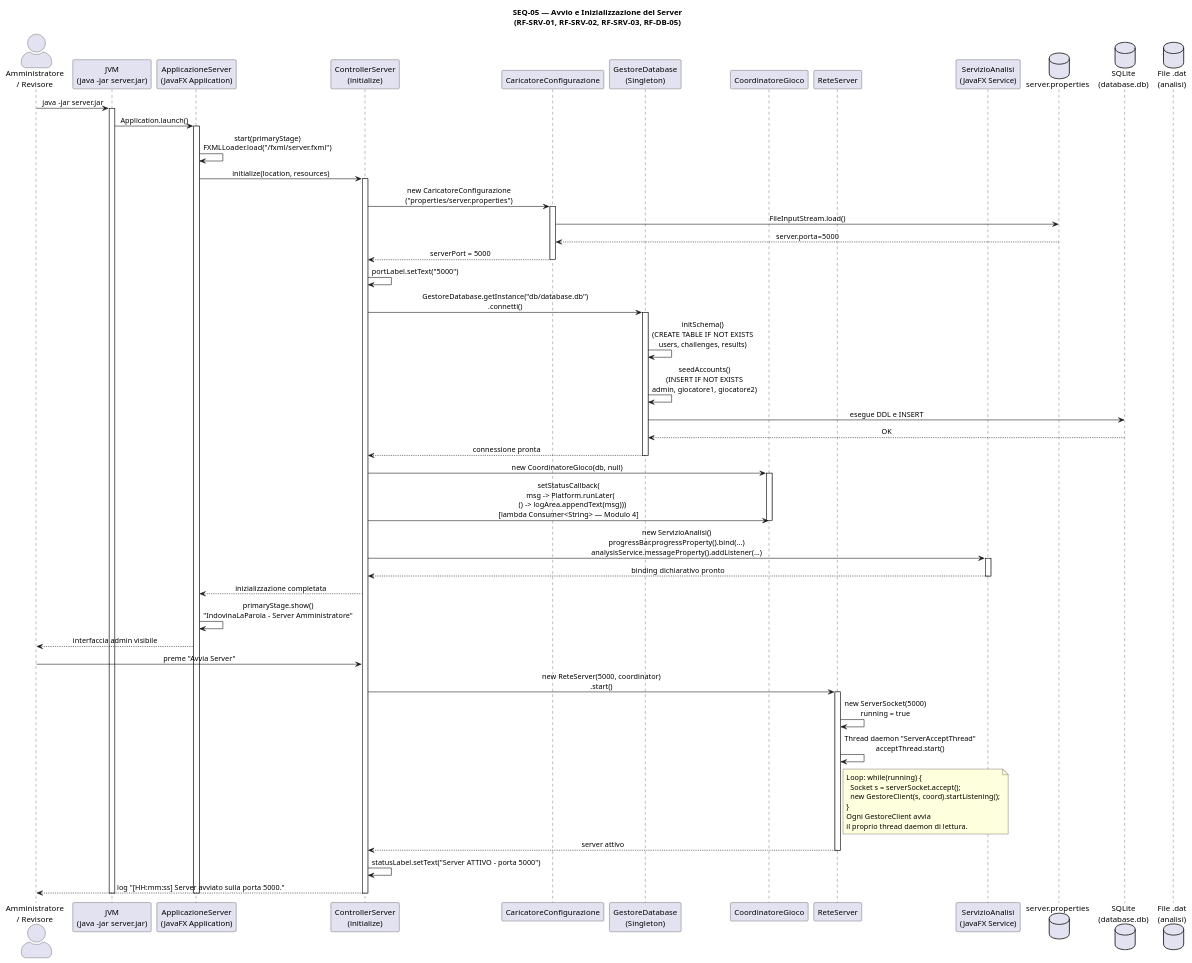
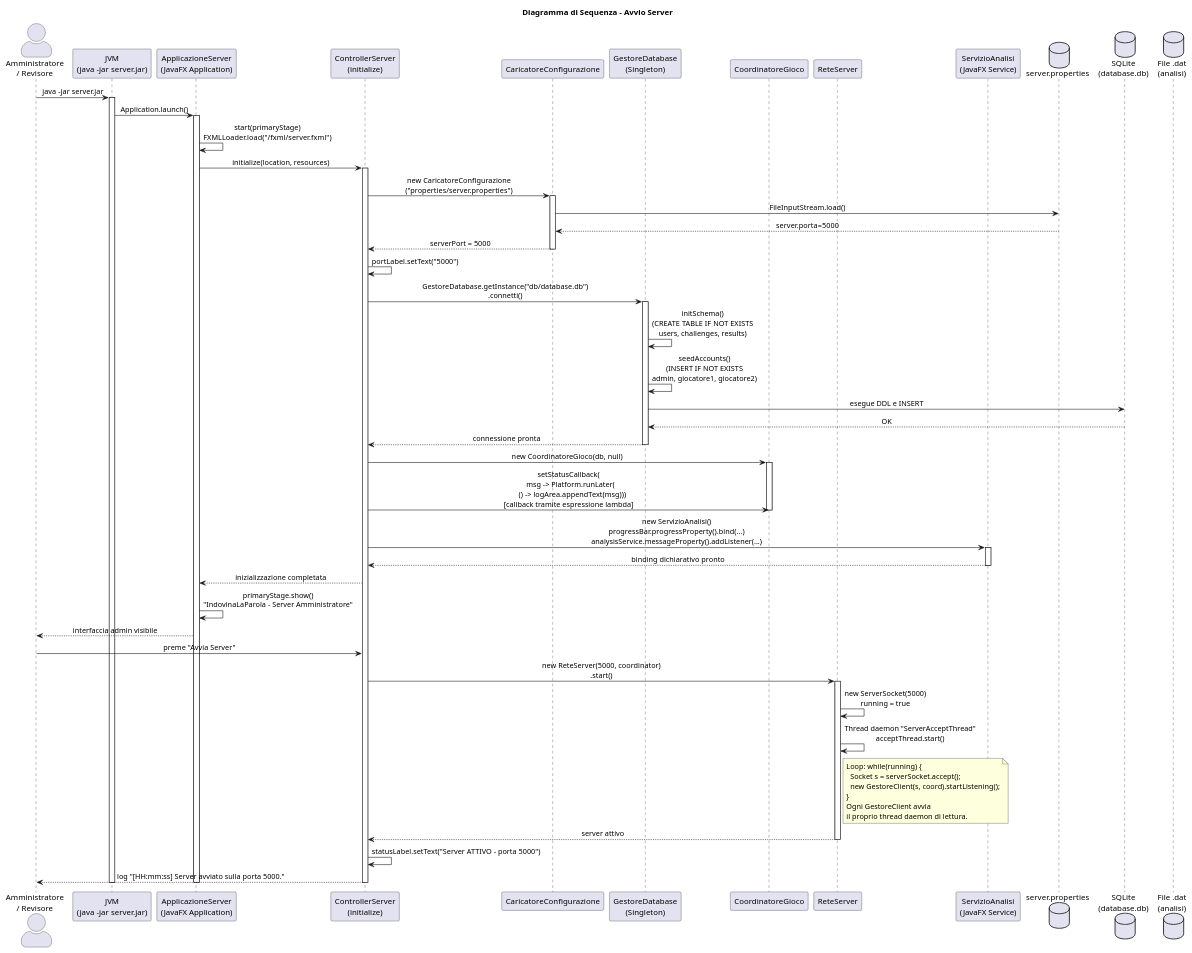
The diagram in Documenti/Diagrammi/SEQ_05_AvvioServer.puml (Michele-Pio-Russo/Progetto_Java_Avanzata_Gruppo_2), drawn with PlantUML before and after one commit. The commit also changed 16 other files, not shown here.

```diff
--- a/Documenti/Diagrammi/SEQ_05_AvvioServer.puml
+++ b/Documenti/Diagrammi/SEQ_05_AvvioServer.puml
@@ -1,85 +1,85 @@
 @startuml SEQ_05_AvvioServer
 skinparam actorStyle awesome
 skinparam sequenceMessageAlign center
 
-title SEQ-05 — Avvio e Inizializzazione del Server\n(RF-SRV-01, RF-SRV-02, RF-SRV-03, RF-DB-05)
+title Diagramma di Sequenza - Avvio Server
 
 actor "Amministratore\n/ Revisore" as Admin
 participant "JVM\n(java -jar server.jar)" as JVM
 participant "ApplicazioneServer\n(JavaFX Application)" as App
 participant "ControllerServer\n(initialize)" as Ctrl
 participant "CaricatoreConfigurazione" as Cfg
 participant "GestoreDatabase\n(Singleton)" as DB
 participant "CoordinatoreGioco" as Coord
 participant "ReteServer" as Rete
 participant "ServizioAnalisi\n(JavaFX Service)" as Svc
 database "server.properties" as Props
 database "SQLite\n(database.db)" as SQLite
 database "File .dat\n(analisi)" as DatFile
 
 Admin -> JVM : java -jar server.jar
 activate JVM
 JVM -> App : Application.launch()
 activate App
 
 App -> App : start(primaryStage)\nFXMLLoader.load("/fxml/server.fxml")
 
 App -> Ctrl : initialize(location, resources)
 activate Ctrl
 
 Ctrl -> Cfg : new CaricatoreConfigurazione\n("properties/server.properties")
 activate Cfg
 Cfg -> Props : FileInputStream.load()
 Props --> Cfg : server.porta=5000
 Cfg --> Ctrl : serverPort = 5000
 deactivate Cfg
 
 Ctrl -> Ctrl : portLabel.setText("5000")
 
 Ctrl -> DB : GestoreDatabase.getInstance("db/database.db")\n.connetti()
 activate DB
 DB -> DB : initSchema()\n(CREATE TABLE IF NOT EXISTS\nusers, challenges, results)
 DB -> DB : seedAccounts()\n(INSERT IF NOT EXISTS\nadmin, giocatore1, giocatore2)
 DB -> SQLite : esegue DDL e INSERT
 SQLite --> DB : OK
 DB --> Ctrl : connessione pronta
 deactivate DB
 
 Ctrl -> Coord : new CoordinatoreGioco(db, null)
 activate Coord
-Ctrl -> Coord : setStatusCallback(\n  msg -> Platform.runLater(\n    () -> logArea.appendText(msg)))\n[lambda Consumer<String> — Modulo 4]
+Ctrl -> Coord : setStatusCallback(\n  msg -> Platform.runLater(\n    () -> logArea.appendText(msg)))\n[callback tramite espressione lambda]
 deactivate Coord
 
 Ctrl -> Svc : new ServizioAnalisi()\nprogressBar.progressProperty().bind(...)\nanalysisService.messageProperty().addListener(...)
 activate Svc
 Svc --> Ctrl : binding dichiarativo pronto
 deactivate Svc
 
 Ctrl --> App : inizializzazione completata
 App -> App : primaryStage.show()\n"IndovinaLaParola - Server Amministratore"
 App --> Admin : interfaccia admin visibile
 
 Admin -> Ctrl : preme "Avvia Server"
 Ctrl -> Rete : new ReteServer(5000, coordinator)\n.start()
 activate Rete
 Rete -> Rete : new ServerSocket(5000)\nrunning = true
 Rete -> Rete : Thread daemon "ServerAcceptThread"\nacceptThread.start()
 note right of Rete
   Loop: while(running) {
     Socket s = serverSocket.accept();
     new GestoreClient(s, coord).startListening();
   }
   Ogni GestoreClient avvia
   il proprio thread daemon di lettura.
 end note
 Rete --> Ctrl : server attivo
 deactivate Rete
 
 Ctrl -> Ctrl : statusLabel.setText("Server ATTIVO - porta 5000")
 Ctrl --> Admin : log "[HH:mm:ss] Server avviato sulla porta 5000."
 
 deactivate Ctrl
 deactivate App
 deactivate JVM
 
 @enduml
```
